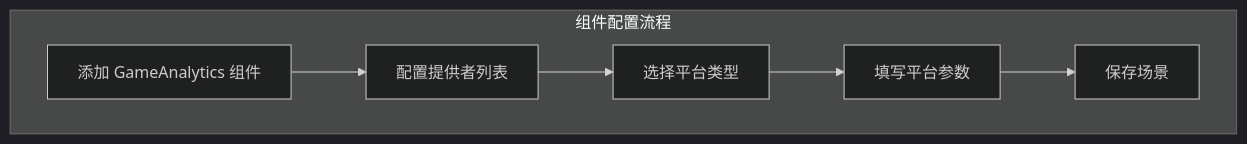
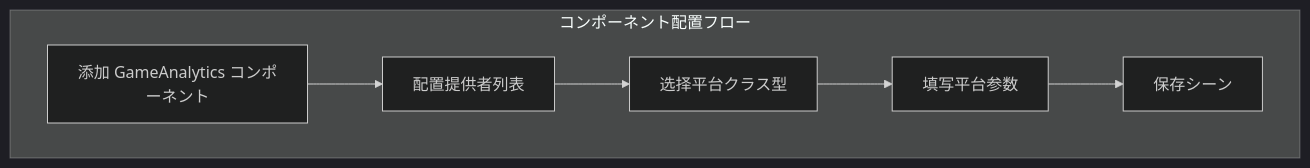
One commit to AlianBlank/GameFrameX.Docs changed the second of 2 diagrams in docs/ja/client/unity/component/gameanalytics/02.installation.md. Above: the diagram before and after it, drawn with Mermaid (dark theme). The commit also changed other lines of this file and 603 other files, not shown here.

````diff
--- a/docs/ja/client/unity/component/gameanalytics/02.installation.md
+++ b/docs/ja/client/unity/component/gameanalytics/02.installation.md
@@ -121,9 +121,9 @@
 ```mermaid
 flowchart TD
-    subgraph Config["组件配置流程"]
-        A[添加 GameAnalytics 组件] --> B[配置提供者列表]
-        B --> C[选择平台类型]
+    subgraph Config["コンポーネント配置フロー"]
+        A[添加 GameAnalytics コンポーネント] --> B[配置提供者列表]
+        B --> C[选择平台クラス型]
         C --> D[填写平台参数]
-        D --> E[保存场景]
+        D --> E[保存シーン]
     end
 ```
````
